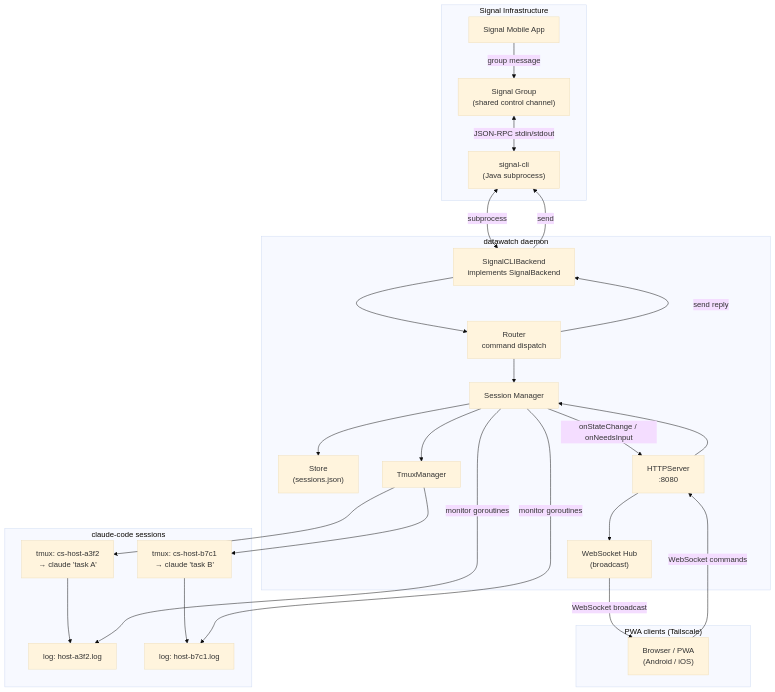
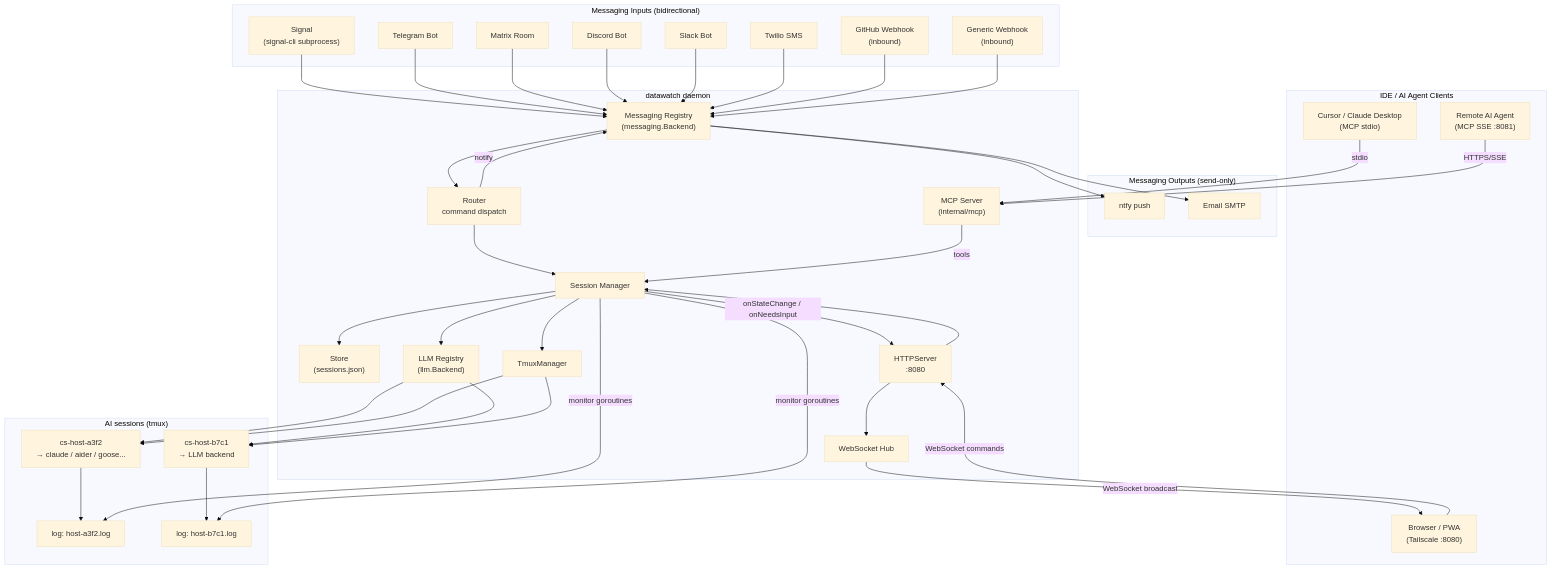
The first of 2 diagrams in docs/architecture.md (dmz006/datawatch), drawn with Mermaid (base theme) before and after one commit. The commit also changed other lines of this file and 3 other files, not shown here.

First line of the commit message:
docs: correct stale roadmap, interfaces, and backend listings

````diff
--- a/docs/architecture.md
+++ b/docs/architecture.md
@@ -20,50 +24,80 @@
 ```mermaid
 graph TD
-    subgraph "Signal Infrastructure"
-        Phone["Signal Mobile App"]
-        Group["Signal Group\n(shared control channel)"]
-        SignalCLI["signal-cli\n(Java subprocess)"]
+    subgraph "Messaging Inputs (bidirectional)"
+        Signal["Signal\n(signal-cli subprocess)"]
+        Telegram["Telegram Bot"]
+        Matrix["Matrix Room"]
+        Discord["Discord Bot"]
+        Slack["Slack Bot"]
+        Twilio["Twilio SMS"]
+        GHWebhook["GitHub Webhook\n(inbound)"]
+        Webhook["Generic Webhook\n(inbound)"]
+    end
+
+    subgraph "Messaging Outputs (send-only)"
+        Ntfy["ntfy push"]
+        Email["Email SMTP"]
+    end
+
+    subgraph "IDE / AI Agent Clients"
+        Cursor["Cursor / Claude Desktop\n(MCP stdio)"]
+        RemoteAI["Remote AI Agent\n(MCP SSE :8081)"]
+        PWA["Browser / PWA\n(Tailscale :8080)"]
     end
 
     subgraph "datawatch daemon"
-        Backend["SignalCLIBackend\nimplements SignalBackend"]
+        MsgRegistry["Messaging Registry\n(messaging.Backend)"]
         Router["Router\ncommand dispatch"]
+        MCPServer["MCP Server\n(internal/mcp)"]
         Manager["Session Manager"]
         Store["Store\n(sessions.json)"]
         Tmux["TmuxManager"]
         HTTPServer["HTTPServer\n:8080"]
-        Hub["WebSocket Hub\n(broadcast)"]
+        Hub["WebSocket Hub"]
+        LLMRegistry["LLM Registry\n(llm.Backend)"]
     end
 
-    subgraph "PWA clients (Tailscale)"
-        PWA["Browser / PWA\n(Android / iOS)"]
-    end
-
-    subgraph "claude-code sessions"
-        S1["tmux: cs-host-a3f2\n→ claude 'task A'"]
-        S2["tmux: cs-host-b7c1\n→ claude 'task B'"]
+    subgraph "AI sessions (tmux)"
+        S1["cs-host-a3f2\n→ claude / aider / goose..."]
+        S2["cs-host-b7c1\n→ LLM backend"]
         L1["log: host-a3f2.log"]
         L2["log: host-b7c1.log"]
     end
 
-    Phone -->|group message| Group
-    Group <-->|JSON-RPC stdin/stdout| SignalCLI
-    SignalCLI <-->|subprocess| Backend
-    Backend --> Router
+    Signal --> MsgRegistry
+    Telegram --> MsgRegistry
+    Matrix --> MsgRegistry
+    Discord --> MsgRegistry
+    Slack --> MsgRegistry
+    Twilio --> MsgRegistry
+    GHWebhook --> MsgRegistry
+    Webhook --> MsgRegistry
+
+    MsgRegistry --> Router
     Router --> Manager
+    Router -->|notify| MsgRegistry
+    MsgRegistry --> Ntfy
+    MsgRegistry --> Email
+
+    MCPServer -->|tools| Manager
+    Cursor -->|stdio| MCPServer
+    RemoteAI -->|HTTPS/SSE| MCPServer
+
     Manager --> Store
     Manager --> Tmux
+    Manager --> LLMRegistry
+    LLMRegistry --> S1
+    LLMRegistry --> S2
     Tmux --> S1
     Tmux --> S2
     S1 --> L1
     S2 --> L2
     Manager -->|monitor goroutines| L1
     Manager -->|monitor goroutines| L2
-    Router -->|send reply| Backend
-    Backend -->|send| SignalCLI
+
     Manager -->|onStateChange / onNeedsInput| HTTPServer
     HTTPServer --> Hub
     Hub -->|WebSocket broadcast| PWA
     PWA -->|WebSocket commands| HTTPServer
     HTTPServer --> Manager
 ```
````
